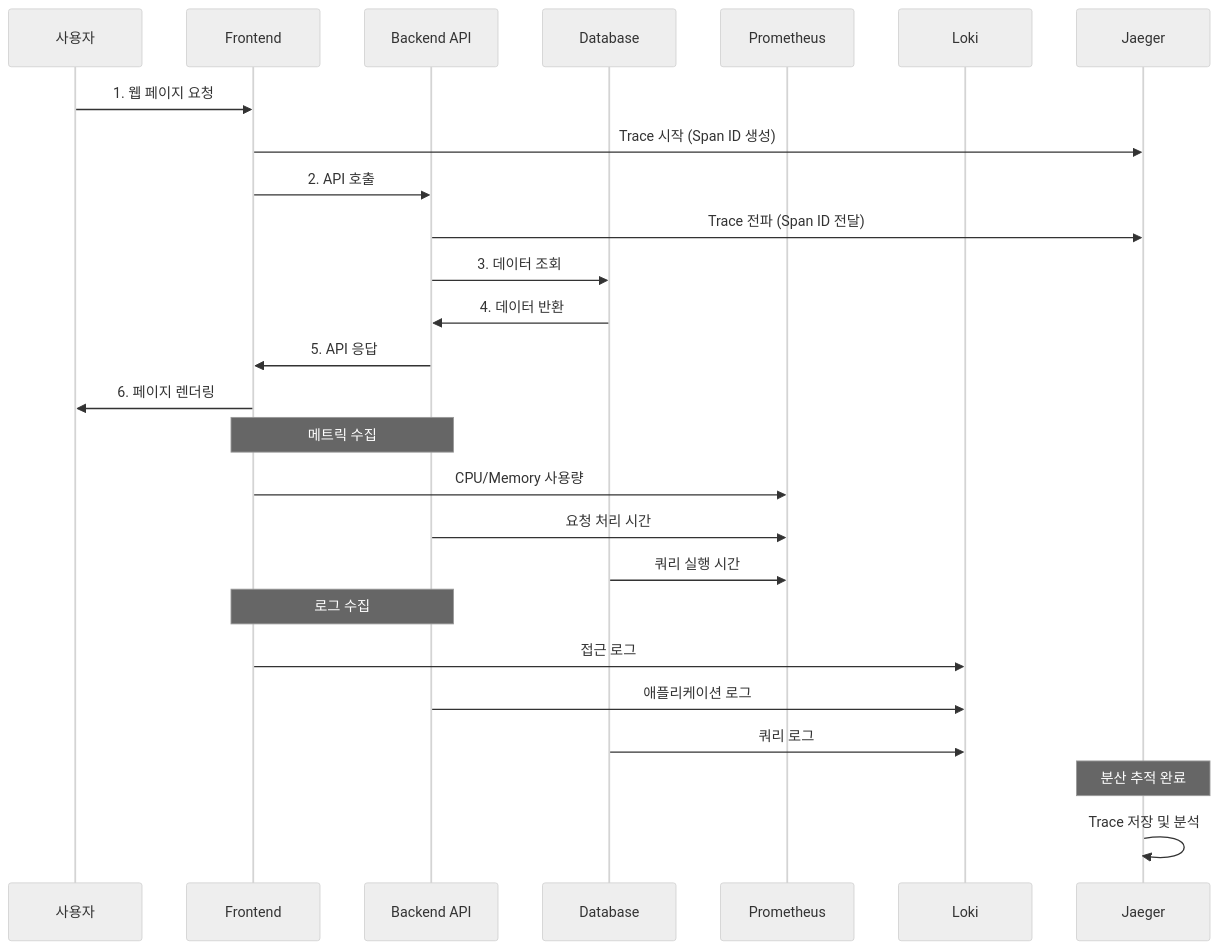
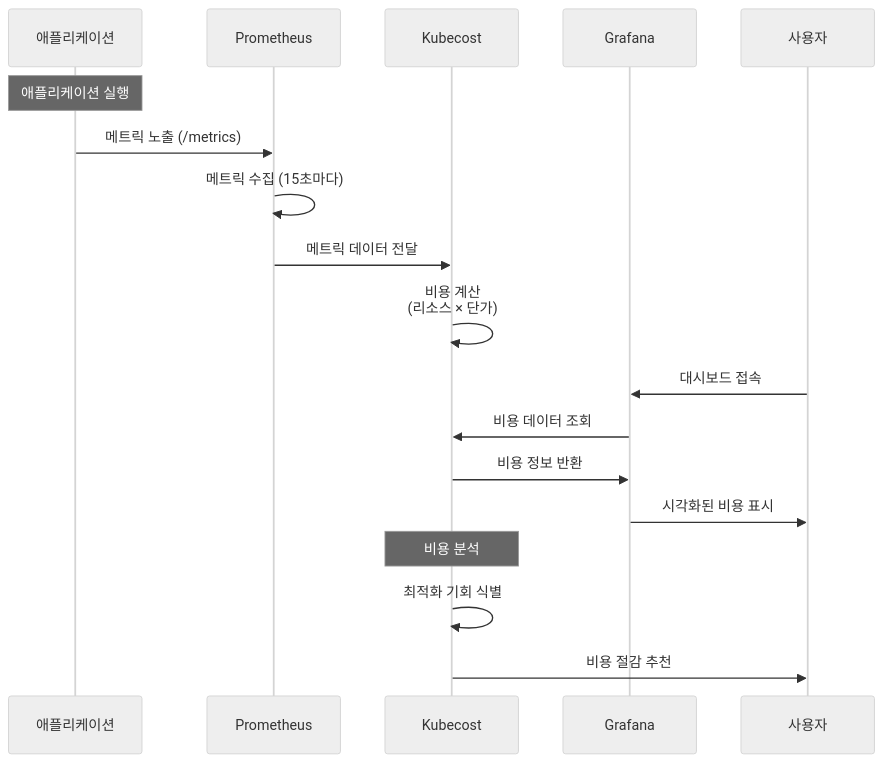
The second of 3 diagrams in theory/week_04/day5/lab_1.md (niceguy61/kdt_devops_lecture_2025), drawn with Mermaid (neutral theme) before and after one commit. The commit also changed other lines of this file and 5 other files, not shown here.

````diff
--- a/theory/week_04/day5/lab_1.md
+++ b/theory/week_04/day5/lab_1.md
@@ -125,32 +119,25 @@
 ```mermaid
 sequenceDiagram
+    participant App as 애플리케이션
+    participant P as Prometheus
+    participant K as Kubecost
+    participant G as Grafana
     participant U as 사용자
-    participant F as Frontend
-    participant B as Backend API
-    participant D as Database
-    participant P as Prometheus
-    participant L as Loki
-    participant J as Jaeger
     
-    U->>F: 1. 웹 페이지 요청
-    F->>J: Trace 시작 (Span ID 생성)
-    F->>B: 2. API 호출
-    B->>J: Trace 전파 (Span ID 전달)
-    B->>D: 3. 데이터 조회
-    D->>B: 4. 데이터 반환
-    B->>F: 5. API 응답
-    F->>U: 6. 페이지 렌더링
+    Note over App: 애플리케이션 실행
     
-    Note over F,B: 메트릭 수집
-    F->>P: CPU/Memory 사용량
-    B->>P: 요청 처리 시간
-    D->>P: 쿼리 실행 시간
+    App->>P: 메트릭 노출 (/metrics)
+    P->>P: 메트릭 수집 (15초마다)
     
-    Note over F,B: 로그 수집
-    F->>L: 접근 로그
-    B->>L: 애플리케이션 로그
-    D->>L: 쿼리 로그
+    P->>K: 메트릭 데이터 전달
+    K->>K: 비용 계산<br/>(리소스 × 단가)
     
-    Note over J: 분산 추적 완료
-    J->>J: Trace 저장 및 분석
+    U->>G: 대시보드 접속
+    G->>K: 비용 데이터 조회
+    K->>G: 비용 정보 반환
+    G->>U: 시각화된 비용 표시
+    
+    Note over K: 비용 분석
+    K->>K: 최적화 기회 식별
+    K->>U: 비용 절감 추천
 ```
````
